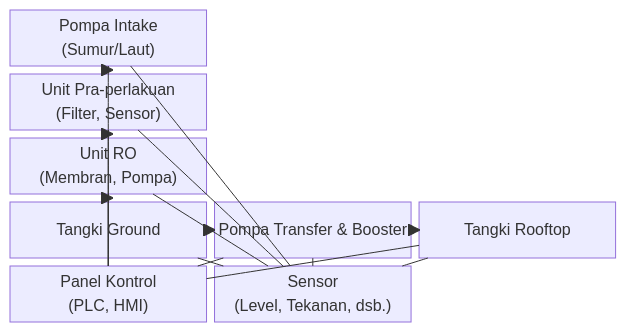
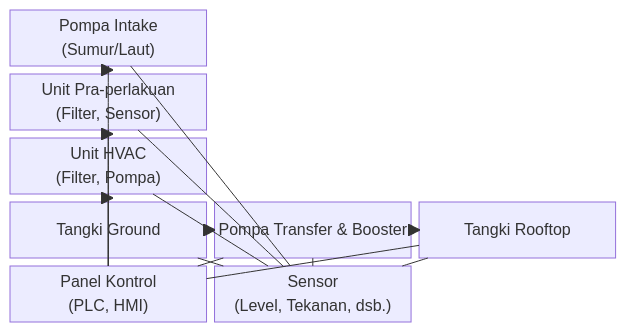
One commit to snackmasta/HVAC changed the diagram in docs/report/hvac-07-posisi-utilitas.md. Above: the diagram before and after it, drawn with Mermaid. The commit also changed other lines of this file and 9 other files, not shown here.

````diff
--- a/docs/report/hvac-07-posisi-utilitas.md
+++ b/docs/report/hvac-07-posisi-utilitas.md
@@ -7,28 +7,28 @@
 ```mermaid
 block-beta
   columns 3
   Intake["Pompa Intake\n(Sumur/Laut)"] space:2
   PraPerlakuan["Unit Pra-perlakuan\n(Filter, Sensor)"] space:2
-  RO["Unit RO\n(Membran, Pompa)"] space:2
+  HVAC["Unit HVAC\n(Filter, Pompa)"] space:2
   TangkiGround["Tangki Ground"] TransferBooster["Pompa Transfer & Booster"] TangkiRooftop["Tangki Rooftop"]
   PanelKontrol["Panel Kontrol\n(PLC, HMI)"] Sensor["Sensor\n(Level, Tekanan, dsb.)"] space
 
   Intake --> PraPerlakuan
-  PraPerlakuan --> RO
-  RO --> TangkiGround
+  PraPerlakuan --> HVAC
+  HVAC --> TangkiGround
   TangkiGround --> TransferBooster
   TransferBooster --> TangkiRooftop
 
   PanelKontrol --- Intake
   PanelKontrol --- PraPerlakuan
-  PanelKontrol --- RO
+  PanelKontrol --- HVAC
   PanelKontrol --- TransferBooster
   PanelKontrol --- TangkiRooftop
 
   Sensor --- Intake
   Sensor --- PraPerlakuan
-  Sensor --- RO
+  Sensor --- HVAC
   Sensor --- TangkiGround
   Sensor --- TransferBooster
   Sensor --- TangkiRooftop
 ```
````
